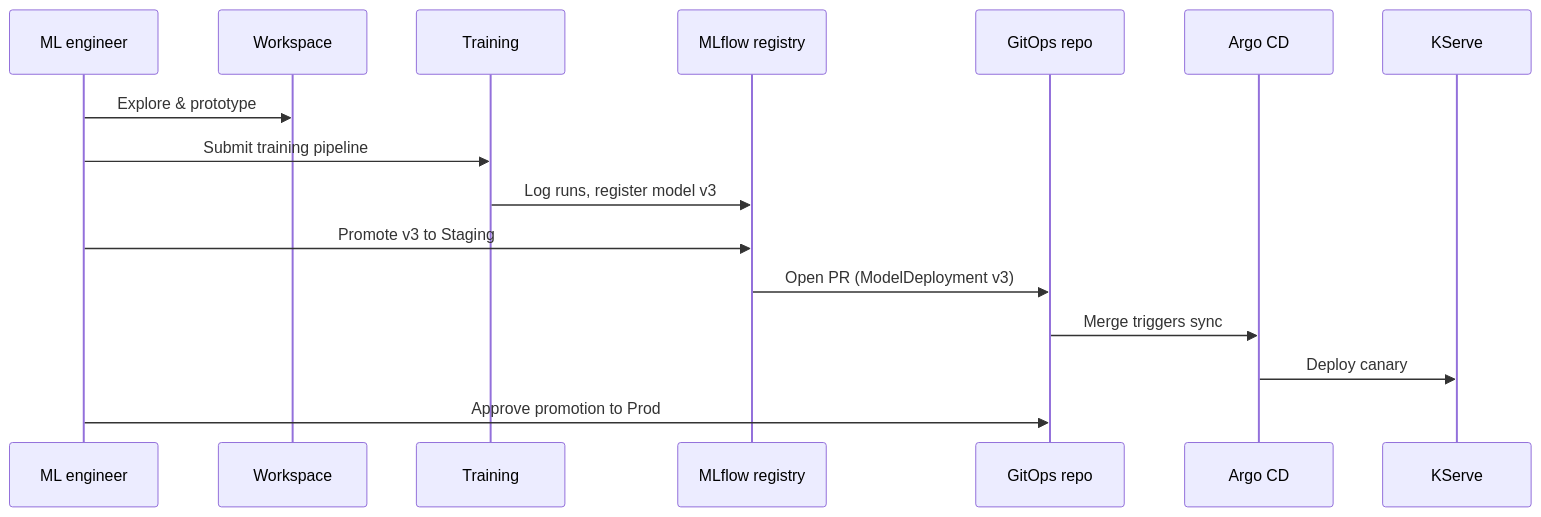
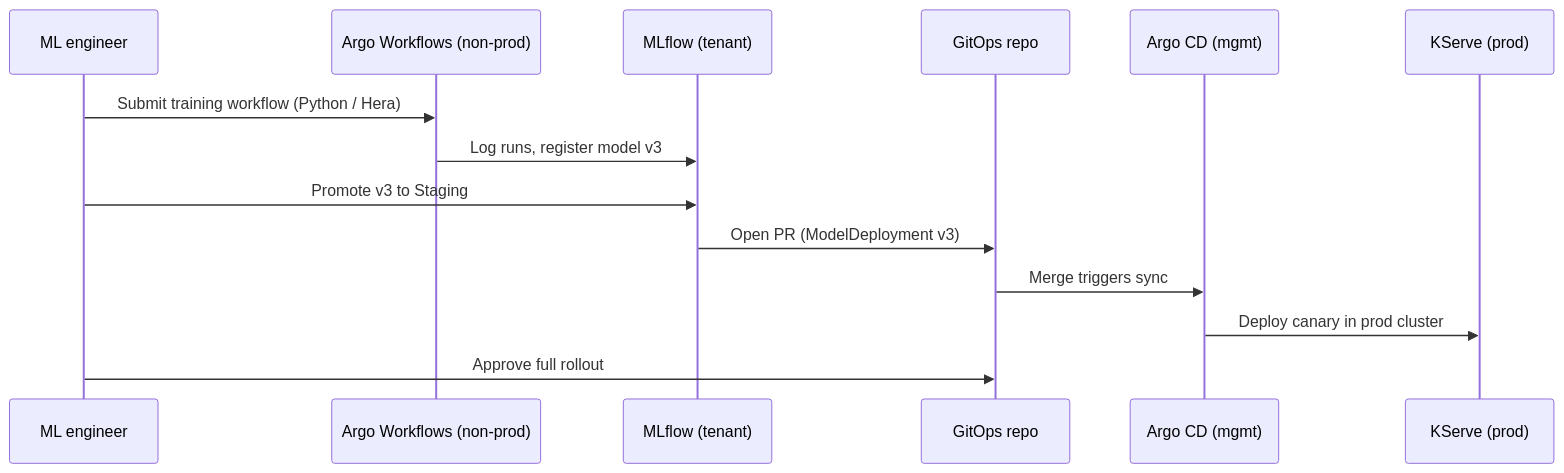
The fourth of 4 diagrams in docs/architecture.md (mlqube/.github), drawn with Mermaid before and after one commit. The commit also changed other lines of this file and 13 other files, not shown here.

Commit message:
docs: add ADRs 0002-0008 (AWS/EKS, topology, Argo Workflows + Hera, tenancy, Crossplane, MLflow, sandboxing); update architecture and roadmap

````diff
--- a/docs/architecture.md
+++ b/docs/architecture.md
@@ -82,19 +175,17 @@
 ```mermaid
 sequenceDiagram
     participant Dev as ML engineer
-    participant NB as Workspace
-    participant TR as Training
-    participant ML as MLflow registry
+    participant AW as Argo Workflows (non-prod)
+    participant ML as MLflow (tenant)
     participant Git as GitOps repo
-    participant CD as Argo CD
-    participant KS as KServe
+    participant CD as Argo CD (mgmt)
+    participant KS as KServe (prod)
 
-    Dev->>NB: Explore & prototype
-    Dev->>TR: Submit training pipeline
-    TR->>ML: Log runs, register model v3
+    Dev->>AW: Submit training workflow (Python / Hera)
+    AW->>ML: Log runs, register model v3
     Dev->>ML: Promote v3 to Staging
     ML->>Git: Open PR (ModelDeployment v3)
     Git->>CD: Merge triggers sync
-    CD->>KS: Deploy canary
-    Dev->>Git: Approve promotion to Prod
+    CD->>KS: Deploy canary in prod cluster
+    Dev->>Git: Approve full rollout
 ```
````
